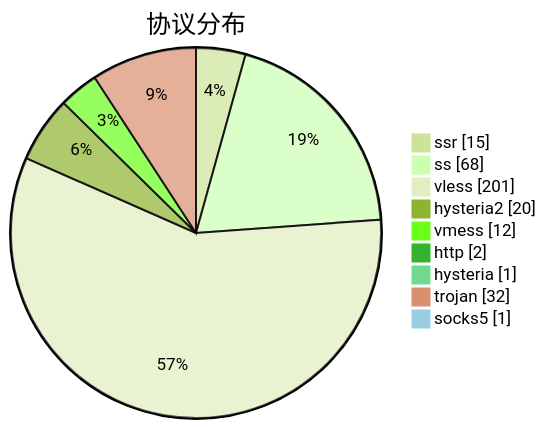
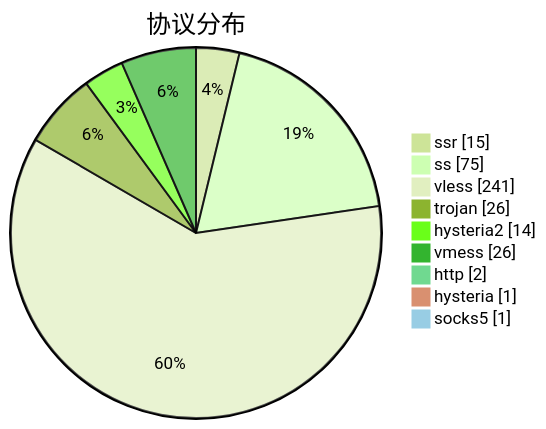
The third of 3 diagrams in subs/statistics/tested_within.md (sinspired/airport), drawn with Mermaid (forest theme) before and after one commit. The commit also changed other lines of this file and 2 other files, not shown here.

````diff
--- a/subs/statistics/tested_within.md
+++ b/subs/statistics/tested_within.md
@@ -48,13 +48,13 @@
 ```mermaid
 pie showData
 title 协议分布
 "ssr" : 15
-"ss" : 68
-"vless" : 201
-"hysteria2" : 20
-"vmess" : 12
+"ss" : 75
+"vless" : 241
+"trojan" : 26
+"hysteria2" : 14
+"vmess" : 26
 "http" : 2
 "hysteria" : 1
-"trojan" : 32
 "socks5" : 1
 ```
````
